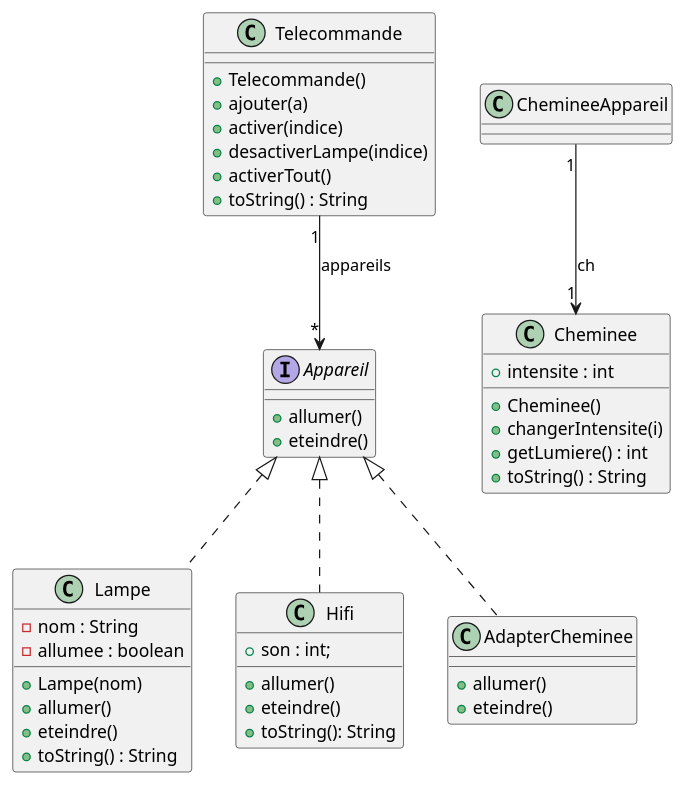
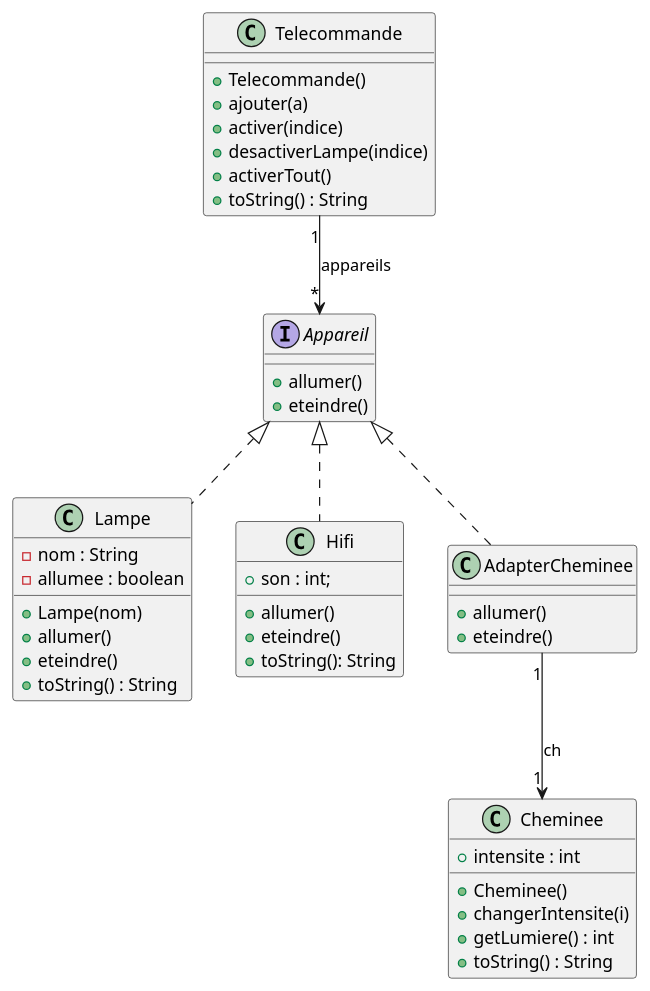
The diagram in conception.puml (Caedit/2026_coo_domotique_RENARD_PHILIPPE), drawn with PlantUML before and after one commit.

Commit message:
modification de conception.puml pour ajouter l'adapteur de cheminee

```diff
--- a/conception.puml
+++ b/conception.puml
@@ -1,58 +1,58 @@
 @startuml titre Manipulation de lampes
 
 '''classes
 class Lampe {
     -nom : String
     -allumee : boolean
 
     +Lampe(nom)
     +allumer()
     +eteindre()
     +toString() : String
 }
 
 interface Appareil{
     +allumer()
     +eteindre()
 }
 
 class Hifi {
     +son : int;
 
     +allumer()
     +eteindre()
     +toString(): String
 }
 
 
 class Telecommande {
 
     +Telecommande()
     +ajouter(a)
     +activer(indice)
     +desactiverLampe(indice)
     +activerTout()
     +toString() : String
 }
 
 class Cheminee {
     +intensite : int
 
     +Cheminee()
     +changerIntensite(i)
     +getLumiere() : int
     +toString() : String
 }
 
 class AdapterCheminee implements Appareil{
     +allumer()
     +eteindre()
 }
 
 '''relations
 Telecommande "1" --> "*" Appareil : appareils
-ChemineeAppareil "1" --> "1" Cheminee : ch
+AdapterCheminee "1" --> "1" Cheminee : ch
 Appareil <|.. Lampe
 Appareil <|.. Hifi
 
 @enduml
```
